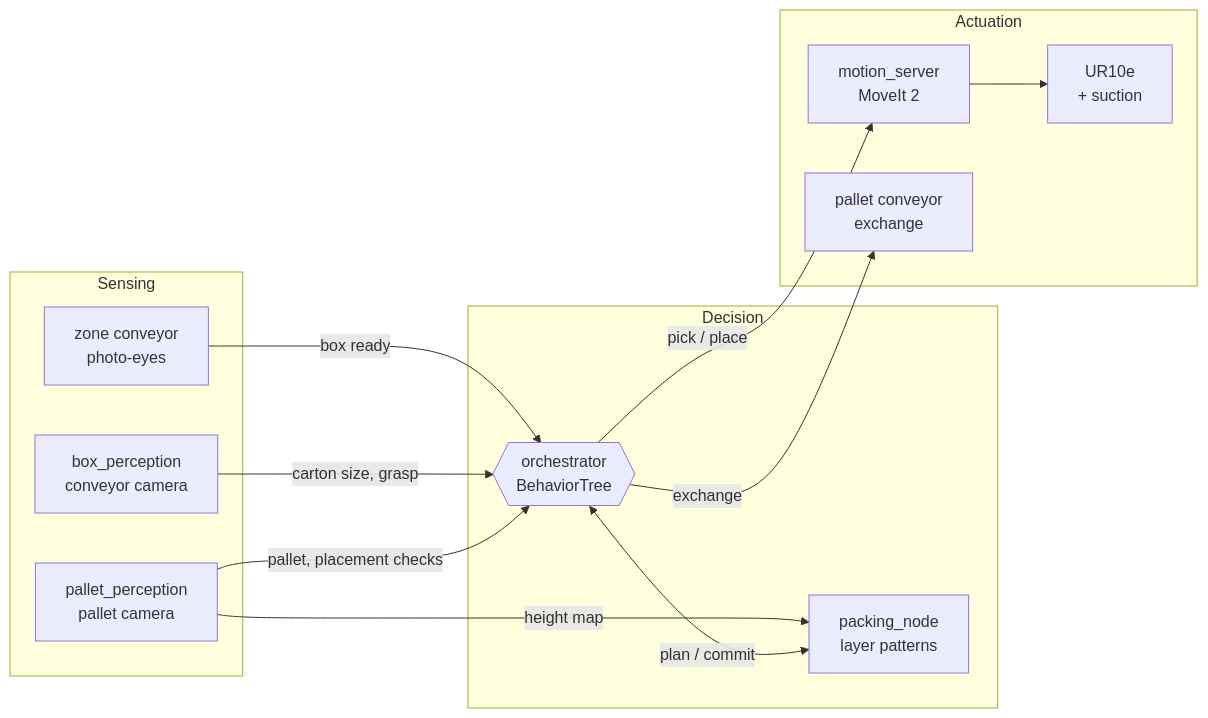
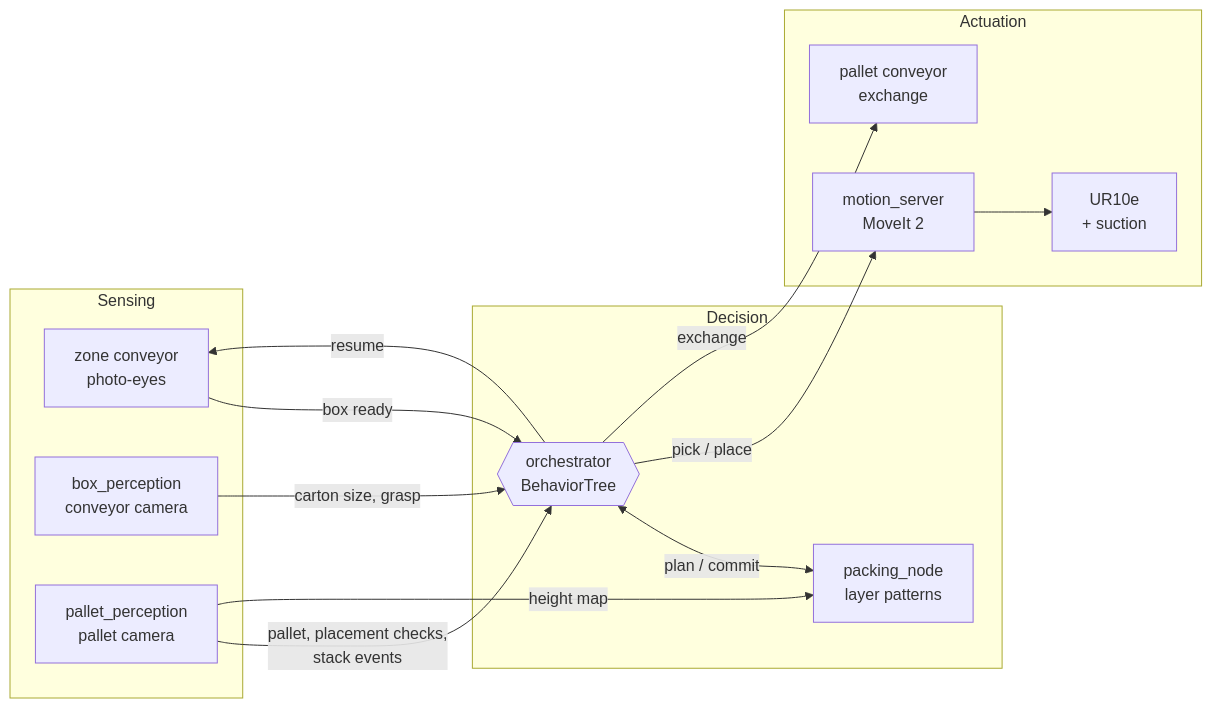
One commit to JaisalJain/palletizer changed the diagram in README.md. Above: the diagram before and after it, drawn with Mermaid. The commit also changed other lines of this file and 38 other files, not shown here.

````diff
--- a/README.md
+++ b/README.md
@@ -61,23 +57,24 @@
 ```mermaid
 flowchart LR
   subgraph sense["Sensing"]
     CONV[zone conveyor<br/>photo-eyes]
     BP[box_perception<br/>conveyor camera]
     PP[pallet_perception<br/>pallet camera]
   end
   subgraph decide["Decision"]
     BT{{orchestrator<br/>BehaviorTree}}
     PK[packing_node<br/>layer patterns]
   end
   subgraph act["Actuation"]
     MS[motion_server<br/>MoveIt 2] --> UR[UR10e<br/>+ suction]
     PX[pallet conveyor<br/>exchange]
   end
   CONV -- box ready --> BT
+  BT -- resume --> CONV
   BP -- carton size, grasp --> BT
-  PP -- pallet, placement checks --> BT
+  PP -- pallet, placement checks,<br/>stack events --> BT
   PP -- height map --> PK
   BT <-- plan / commit --> PK
   BT -- pick / place --> MS
   BT -- exchange --> PX
 ```
````
